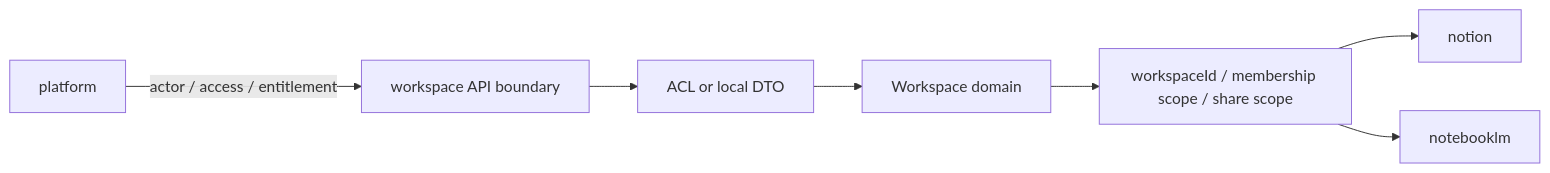
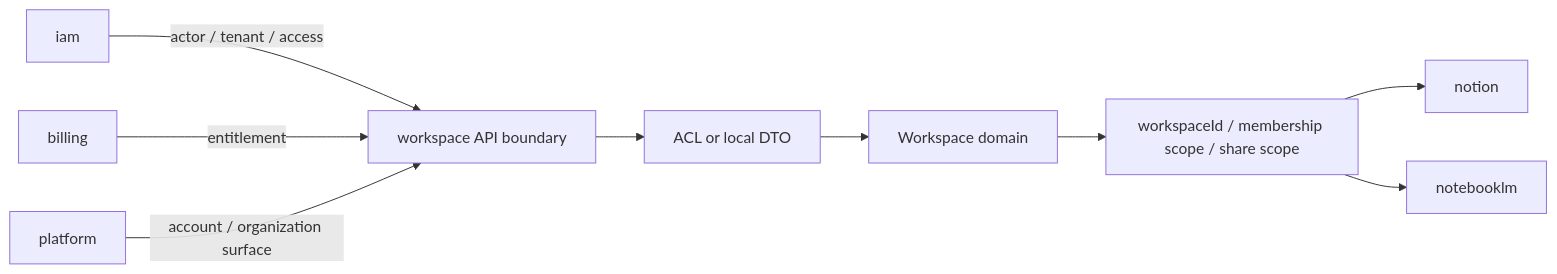
The second of 2 diagrams in docs/contexts/workspace/context-map.md (122sp7/xuanwu-app), drawn with Mermaid before and after one commit. The commit also changed other lines of this file and 25 other files, not shown here.

````diff
--- a/docs/contexts/workspace/context-map.md
+++ b/docs/contexts/workspace/context-map.md
@@ -55,9 +57,11 @@
 ```mermaid
 flowchart LR
-	Platform["platform"] -->|actor / access / entitlement| Boundary["workspace API boundary"]
+	IAM["iam"] -->|actor / tenant / access| Boundary["workspace API boundary"]
+	Billing["billing"] -->|entitlement| Boundary
+	Platform["platform"] -->|account / organization surface| Boundary
 	Boundary --> ACL["ACL or local DTO"]
 	ACL --> Domain["Workspace domain"]
 	Domain --> Scope["workspaceId / membership scope / share scope"]
 	Scope --> Notion["notion"]
 	Scope --> NotebookLM["notebooklm"]
 ```
````
